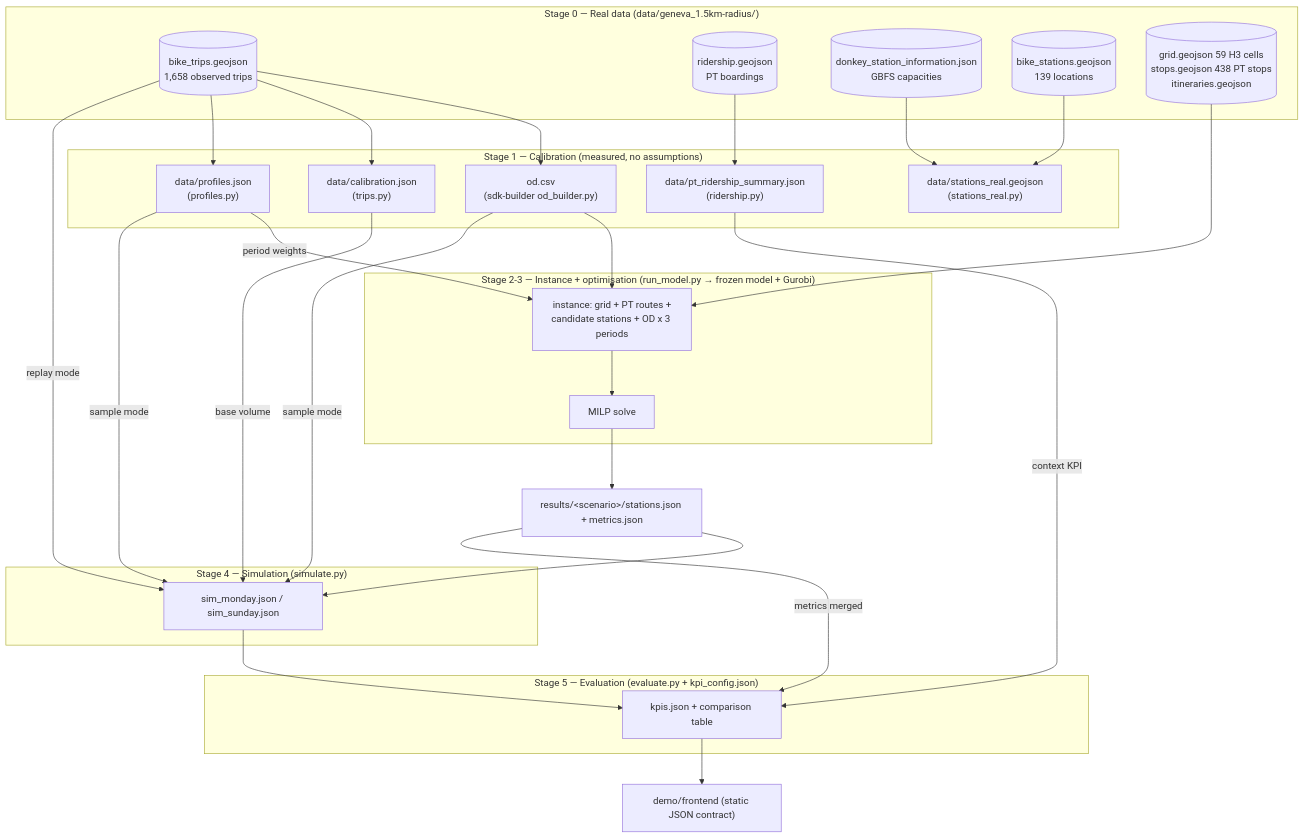
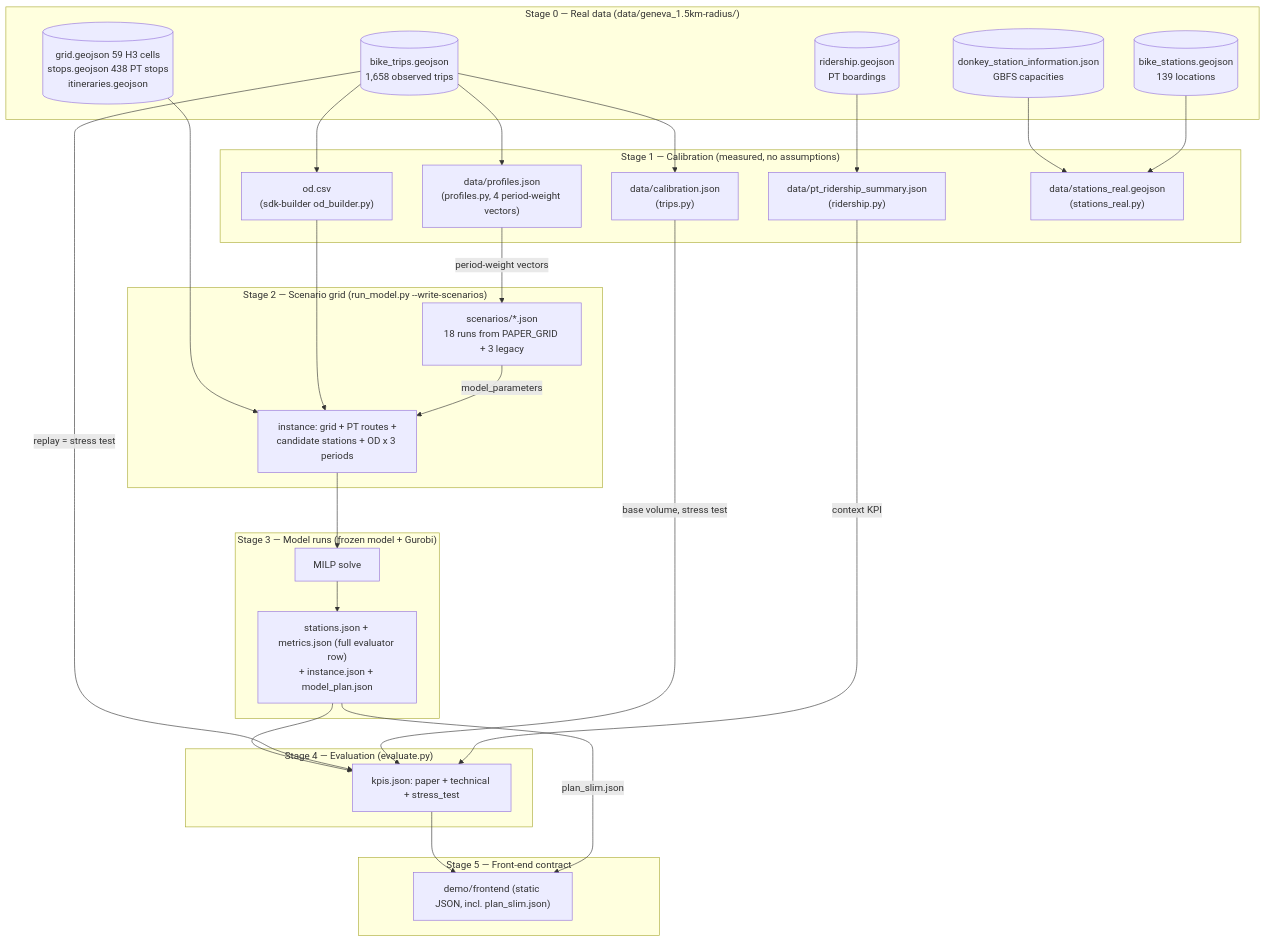
One commit to INRIA/inocs-sum-bss-pt-network-design changed the diagram in demo/experiments/README.md. Above: the diagram before and after it, drawn with Mermaid. The commit also changed other lines of this file and 86 other files, not shown here.

Commit message:
feat: sync demo implementation with latest paper

````diff
--- a/demo/experiments/README.md
+++ b/demo/experiments/README.md
@@ -49,50 +54,53 @@
 ```mermaid
 flowchart TD
     subgraph A["Stage 0 — Real data (data/geneva_1.5km-radius/)"]
         trips[("bike_trips.geojson<br>1,658 observed trips")]
         rider[("ridership.geojson<br>PT boardings")]
         gbfs[("donkey_station_information.json<br>GBFS capacities")]
         bstations[("bike_stations.geojson<br>139 locations")]
         grid[("grid.geojson 59 H3 cells<br>stops.geojson 438 PT stops<br>itineraries.geojson")]
     end
 
     subgraph B["Stage 1 — Calibration (measured, no assumptions)"]
         odcsv["od.csv<br>(sdk-builder od_builder.py)"]
         calib["data/calibration.json<br>(trips.py)"]
-        prof["data/profiles.json<br>(profiles.py)"]
+        prof["data/profiles.json<br>(profiles.py, 4 period-weight vectors)"]
         pts["data/pt_ridership_summary.json<br>(ridership.py)"]
         sreal["data/stations_real.geojson<br>(stations_real.py)"]
     end
 
-    subgraph C["Stage 2-3 — Instance + optimisation (run_model.py → frozen model + Gurobi)"]
+    subgraph C["Stage 2 — Scenario grid (run_model.py --write-scenarios)"]
+        grid18["scenarios/*.json<br>18 runs from PAPER_GRID + 3 legacy"]
         inst["instance: grid + PT routes +<br>candidate stations + OD x 3 periods"]
-        solve["MILP solve"]
     end
 
-    subgraph D["Stage 4 — Simulation (simulate.py)"]
-        sim["sim_monday.json / sim_sunday.json"]
+    subgraph D["Stage 3 — Model runs (frozen model + Gurobi)"]
+        solve["MILP solve"]
+        design["stations.json + metrics.json (full evaluator row)<br>+ instance.json + model_plan.json"]
     end
 
-    subgraph E["Stage 5 — Evaluation (evaluate.py + kpi_config.json)"]
-        kpi["kpis.json + comparison table"]
+    subgraph E["Stage 4 — Evaluation (evaluate.py)"]
+        kpi["kpis.json: paper + technical + stress_test"]
+    end
+
+    subgraph F["Stage 5 — Front-end contract"]
+        FE["demo/frontend (static JSON, incl. plan_slim.json)"]
     end
 
     trips --> odcsv & calib & prof
     rider --> pts
     gbfs --> sreal
     bstations --> sreal
     grid --> inst
     odcsv --> inst
-    prof -- "period weights" --> inst
+    grid18 -- "model_parameters" --> inst
+    prof -- "period-weight vectors" --> grid18
     inst --> solve
-    solve --> design["results/&lt;scenario&gt;/stations.json + metrics.json"]
-    design --> sim
-    trips -- "replay mode" --> sim
-    odcsv -- "sample mode" --> sim
-    prof -- "sample mode" --> sim
-    calib -- "base volume" --> sim
-    sim --> kpi
-    design -- "metrics merged" --> kpi
+    solve --> design
+    design --> kpi
+    trips -- "replay = stress test" --> kpi
+    calib -- "base volume, stress test" --> kpi
     pts -- "context KPI" --> kpi
-    kpi --> FE["demo/frontend (static JSON contract)"]
+    kpi --> FE
+    design -- "plan_slim.json" --> FE
 ```
````
